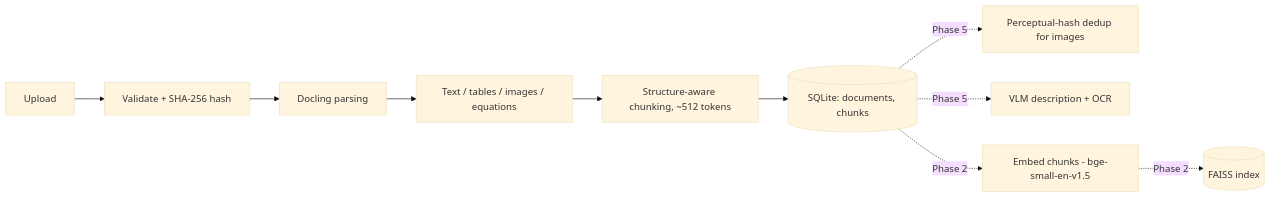
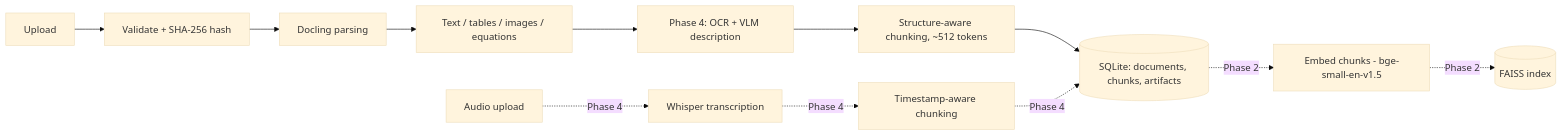
The second of 7 diagrams in docs/architecture/system-architecture.md (Vishwath-Narayana/multimodal-study-assistant), drawn with Mermaid (base theme) before and after one commit. The commit also changed other lines of this file and 9 other files, not shown here.

First line of the commit message:
docs(multimodal): document Phase 4 architecture, API, config, and status

````diff
--- a/docs/architecture/system-architecture.md
+++ b/docs/architecture/system-architecture.md
@@ -47,12 +50,14 @@
 ```mermaid
 flowchart LR
     Upload --> Validate[Validate + SHA-256 hash]
     Validate --> Parse[Docling parsing]
     Parse --> Extract[Text / tables / images / equations]
-    Extract --> Chunk[Structure-aware chunking, ~512 tokens]
-    Chunk --> Store[(SQLite: documents, chunks)]
-    Store -.Phase 5.-> Dedup[Perceptual-hash dedup for images]
-    Store -.Phase 5.-> Visual[VLM description + OCR]
+    Extract --> Enrich[Phase 4: OCR + VLM description]
+    Enrich --> Chunk[Structure-aware chunking, ~512 tokens]
+    Chunk --> Store[(SQLite: documents, chunks, artifacts)]
     Store -.Phase 2.-> Embed[Embed chunks - bge-small-en-v1.5]
     Embed -.Phase 2.-> Index[(FAISS index)]
+    Audio[Audio upload] -.Phase 4.-> Whisper[Whisper transcription]
+    Whisper -.Phase 4.-> TChunk[Timestamp-aware chunking]
+    TChunk -.Phase 4.-> Store
 ```
````
